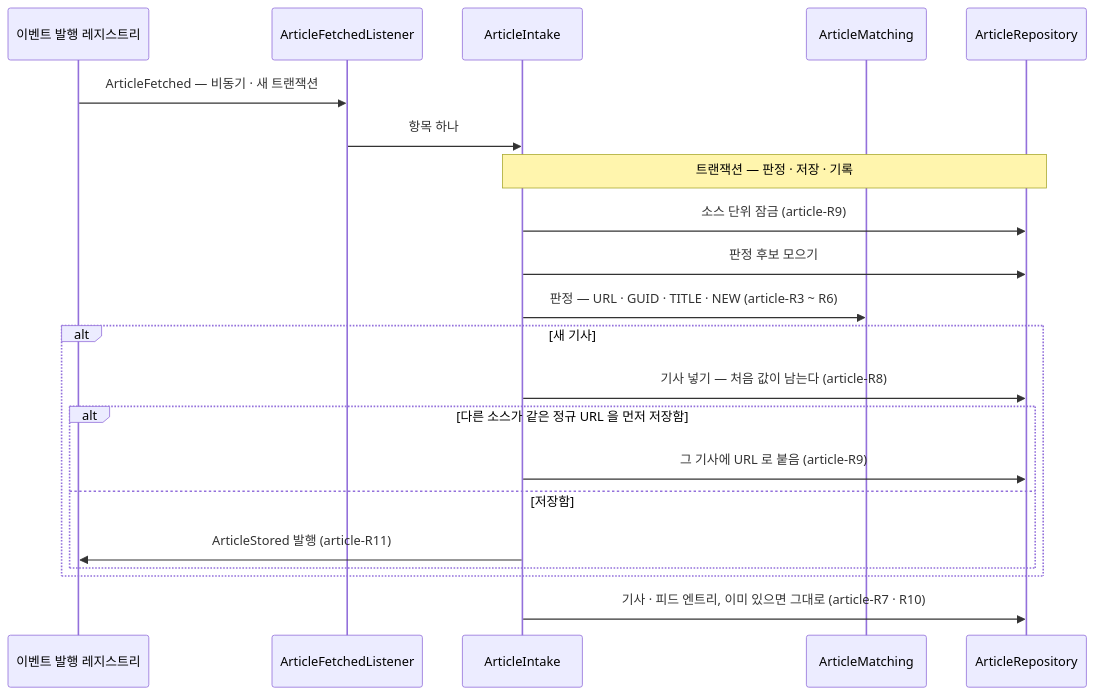
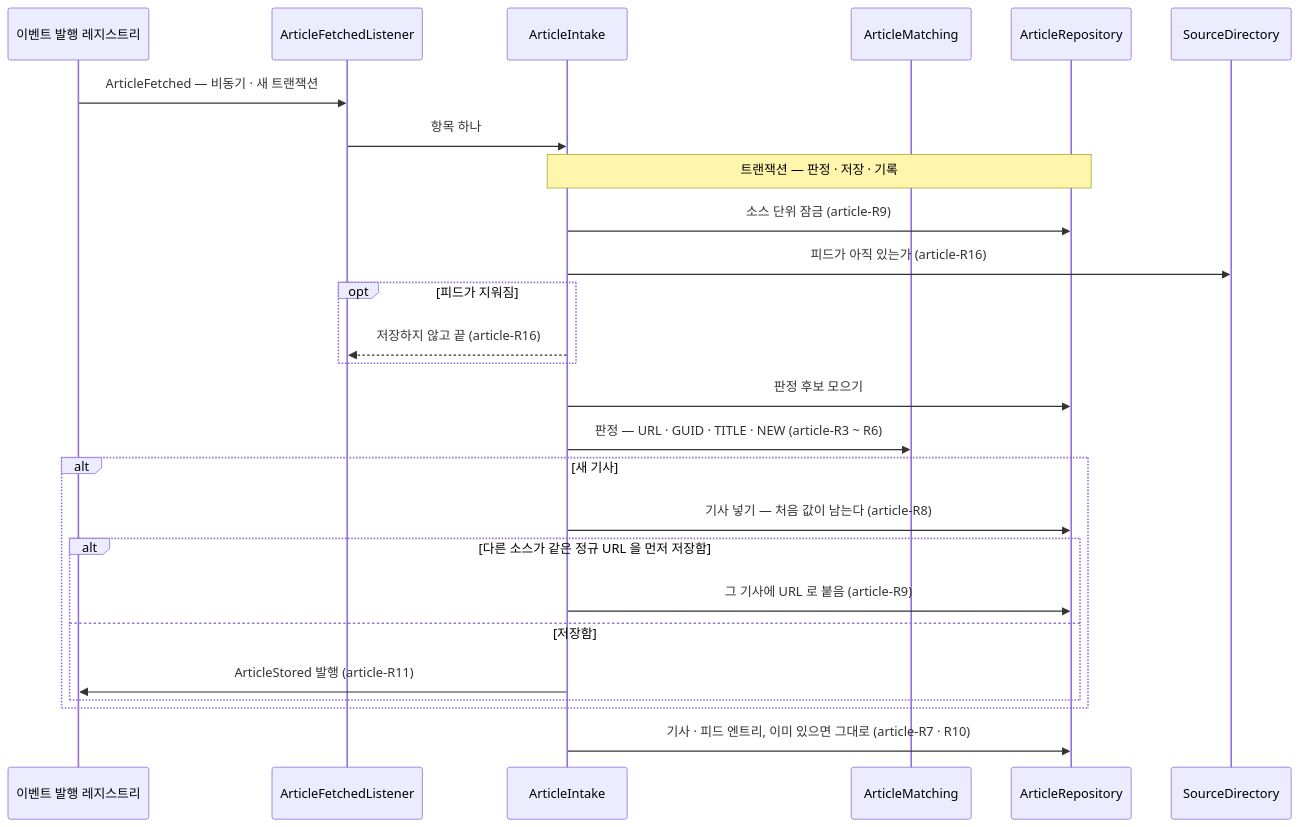
One commit to Theia0382/yozm-news changed the diagram in docs/specs/article.md. Above: the diagram before and after it, drawn with Mermaid. The commit also changed other lines of this file and 19 other files, not shown here.

````diff
--- a/docs/specs/article.md
+++ b/docs/specs/article.md
@@ -152,24 +161,29 @@
 ```mermaid
 sequenceDiagram
     participant Reg as 이벤트 발행 레지스트리
     participant L as ArticleFetchedListener
     participant I as ArticleIntake
     participant M as ArticleMatching
     participant Repo as ArticleRepository
+    participant Dir as SourceDirectory
 
     Reg->>L: ArticleFetched — 비동기 · 새 트랜잭션
     L->>I: 항목 하나
     Note over I,Repo: 트랜잭션 — 판정 · 저장 · 기록
     I->>Repo: 소스 단위 잠금 (article-R9)
+    I->>Dir: 피드가 아직 있는가 (article-R16)
+    opt 피드가 지워짐
+        I-->>L: 저장하지 않고 끝 (article-R16)
+    end
     I->>Repo: 판정 후보 모으기
     I->>M: 판정 — URL · GUID · TITLE · NEW (article-R3 ~ R6)
     alt 새 기사
         I->>Repo: 기사 넣기 — 처음 값이 남는다 (article-R8)
         alt 다른 소스가 같은 정규 URL 을 먼저 저장함
             I->>Repo: 그 기사에 URL 로 붙음 (article-R9)
         else 저장함
             I->>Reg: ArticleStored 발행 (article-R11)
         end
     end
     I->>Repo: 기사 · 피드 엔트리, 이미 있으면 그대로 (article-R7 · R10)
 ```
````
